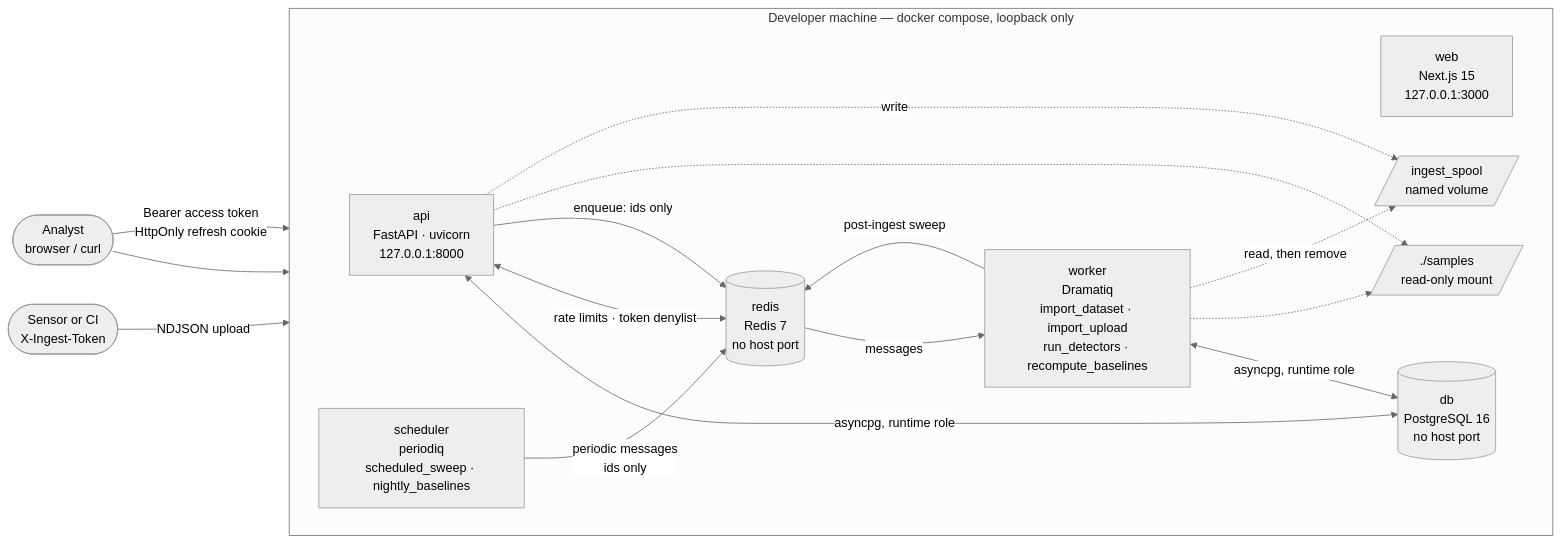
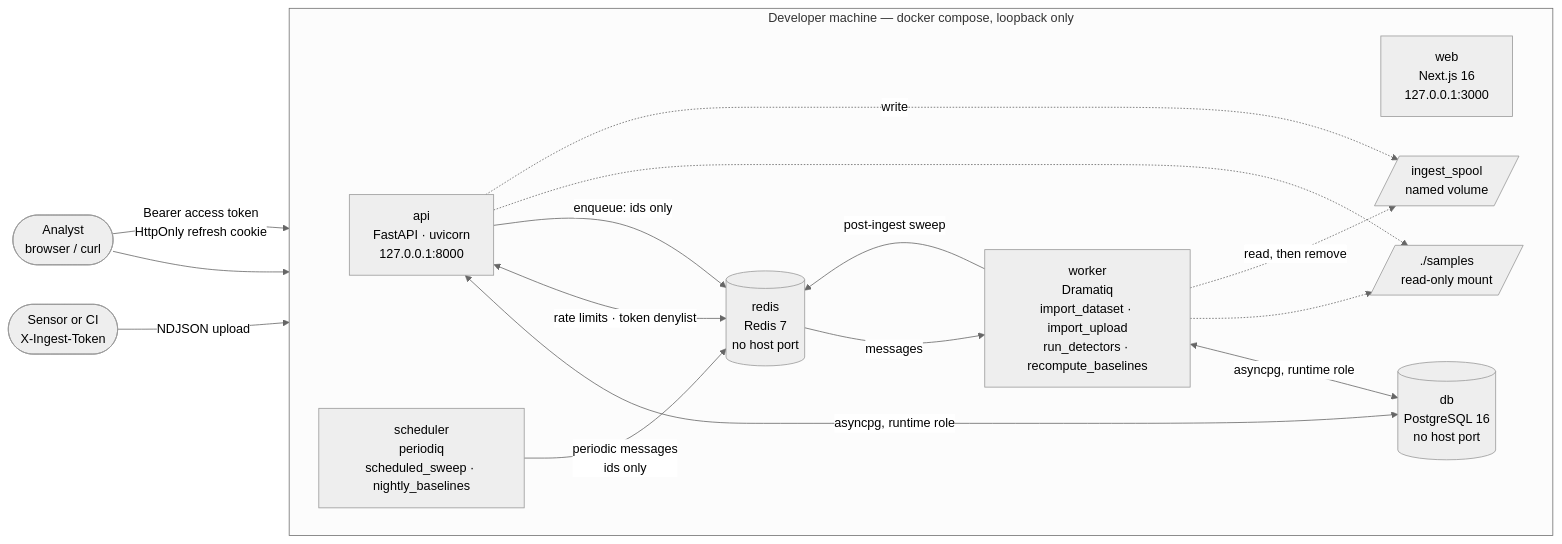
One commit to pchrysostomou/aegisnet changed the first of 4 diagrams in README.md. Above: the diagram before and after it, drawn with Mermaid (neutral theme). The commit also changed 2 other files, not shown here.

First paragraph of the commit message:
docs: nine dependency merges, and the version claims they made stale
All nine Dependabot pull requests are merged and none is open. Two of them
needed work rather than a click.

````diff
--- a/README.md
+++ b/README.md
@@ -129,30 +129,30 @@
 ```mermaid
 flowchart LR
     analyst(["Analyst<br/>browser / curl"])
     sensor(["Sensor or CI<br/>X-Ingest-Token"])
     subgraph host["Developer machine — docker compose, loopback only"]
         direction LR
-        web["web<br/>Next.js 15<br/>127.0.0.1:3000"]
+        web["web<br/>Next.js 16<br/>127.0.0.1:3000"]
         api["api<br/>FastAPI · uvicorn<br/>127.0.0.1:8000"]
         worker["worker<br/>Dramatiq<br/>import_dataset · import_upload<br/>run_detectors · recompute_baselines"]
         scheduler["scheduler<br/>periodiq<br/>scheduled_sweep · nightly_baselines"]
         db[("db<br/>PostgreSQL 16<br/>no host port")]
         redis[("redis<br/>Redis 7<br/>no host port")]
         samples[/"./samples<br/>read-only mount"/]
         spool[/"ingest_spool<br/>named volume"/]
     end
     analyst -->|"Bearer access token<br/>HttpOnly refresh cookie"| api
     analyst --> web
     sensor -->|"NDJSON upload"| api
     api <-->|"asyncpg, runtime role"| db
     api <-->|"rate limits · token denylist"| redis
     api -->|"enqueue: ids only"| redis
     redis -->|"messages"| worker
     scheduler -->|"periodic messages<br/>ids only"| redis
     worker -->|"post-ingest sweep"| redis
     worker <-->|"asyncpg, runtime role"| db
     api -.-> samples
     worker -.-> samples
     api -.->|"write"| spool
     worker -.->|"read, then remove"| spool
 ```
````
